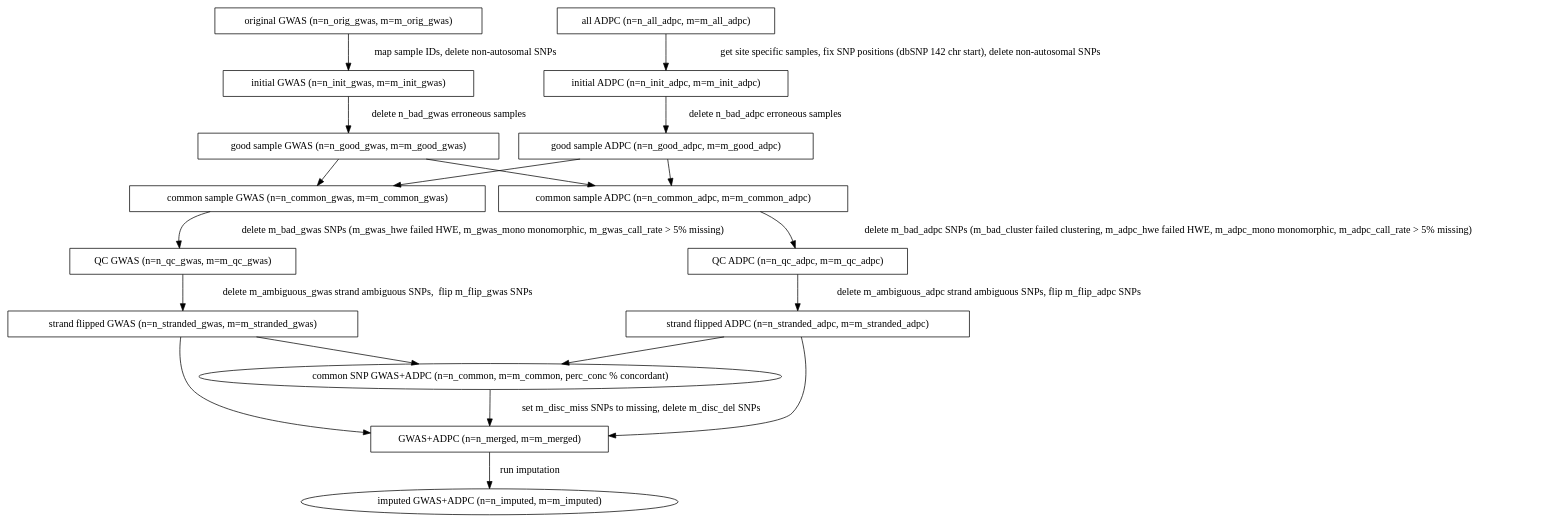
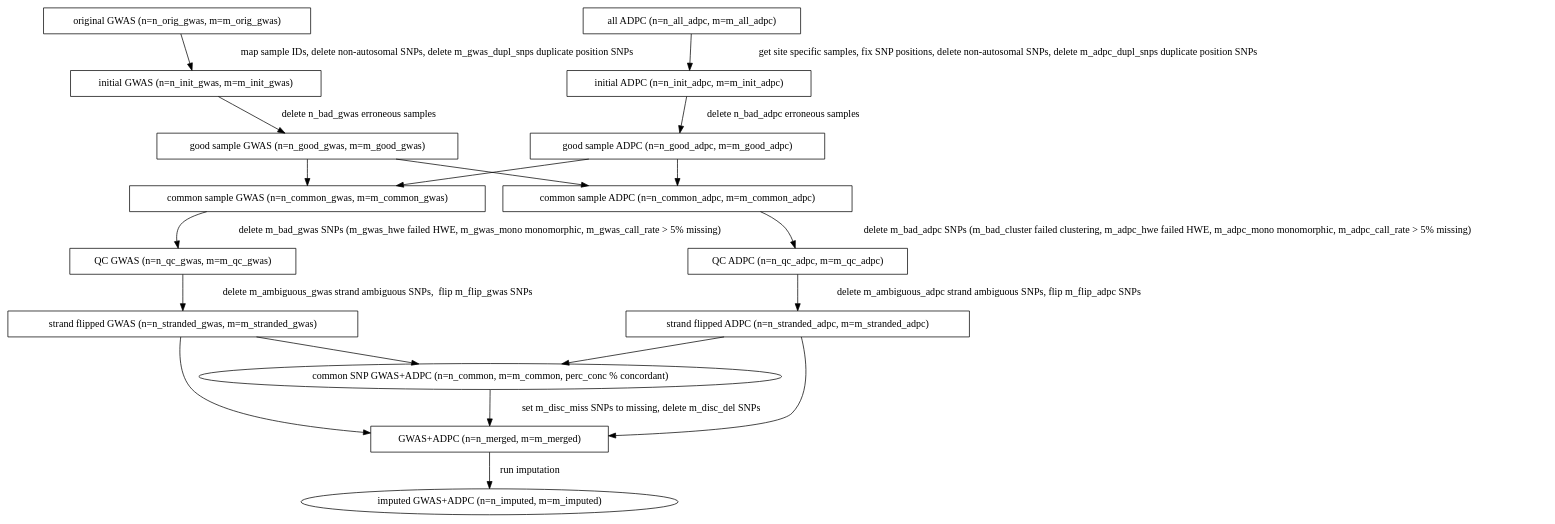
One commit to CAAPA/gwas_adpc_imputation_pipeline changed the diagram in doc/flow.dot. Above: the diagram before and after it, drawn with Graphviz. The commit also changed 4 other files, not shown here.

Commit message:
Comitting changes to delete duplicate SNP positions up front

```diff
--- a/doc/flow.dot
+++ b/doc/flow.dot
@@ -1,91 +1,91 @@
 #!dot
 digraph {
 
     //Initial GWAS flow
 
     ORIG_GWAS [label="original GWAS (n=n_orig_gwas, m=m_orig_gwas)",
                shape=box] //params: n_orig_gwas, m_orig_gwas
     INIT_GWAS [label="initial GWAS (n=n_init_gwas, m=m_init_gwas)",
                shape=box] //params: n_init_gwas, m_init_gwas
-    ORIG_GWAS -> INIT_GWAS [label= " map sample IDs, delete non-autosomal SNPs"];
+    ORIG_GWAS -> INIT_GWAS [label= " map sample IDs, delete non-autosomal SNPs, delete m_gwas_dupl_snps duplicate position SNPs"];
                  //script: get_gwas_samples
 
 
     GOOD_GWAS [label="good sample GWAS (n=n_good_gwas, m=m_good_gwas)",
                shape=box] //params: n_good_gwas, m_good_gwas
     INIT_GWAS -> GOOD_GWAS [label=" delete n_bad_gwas erroneous samples"];
                 //script: get_good_samples; params: n_bad_gwas
 
     COMMON_GWAS [label="common sample GWAS (n=n_common_gwas, m=m_common_gwas)",
                  shape=box] //params: n_common_gwas, m=m_common_gwas
     GOOD_GWAS -> COMMON_GWAS;
                  //script: get_common_samples
 
     QC_GWAS [label="QC GWAS (n=n_qc_gwas, m=m_qc_gwas)",
              shape=box] //params: n_qc_gwas, m=m_qc_gwas
     COMMON_GWAS -> QC_GWAS [label=" delete m_bad_gwas SNPs (m_gwas_hwe failed HWE, m_gwas_mono monomorphic, m_gwas_call_rate > 5% missing)"];
                 //script: do_gwas_qc; params: m_bad_gwas
                 //m (whatever subcategories removed)
 
 
     FLIPPED_GWAS [label="strand flipped GWAS (n=n_stranded_gwas, m=m_stranded_gwas)",
                   shape=box] //params: n_stranded_gwas, m_stranded_gwas
     QC_GWAS -> FLIPPED_GWAS [label=" delete m_ambiguous_gwas strand ambiguous SNPs,  flip m_flip_gwas SNPs"];
                  //script: flip_strands; params: m_flip_gwas, m_ambiguous_gwas
 
 
     //Initial ADPC flow
 
     ALL_ADPC [label="all ADPC (n=n_all_adpc, m=m_all_adpc)",
               shape=box] //params:n_all_adpc, m_all_adpc
     INIT_ADPC [label="initial ADPC (n=n_init_adpc, m=m_init_adpc)",
                shape=box] //params: n_init_adpc, m_init_adpc
-    ALL_ADPC -> INIT_ADPC [label=" get site specific samples, fix SNP positions (dbSNP 142 chr start), delete non-autosomal SNPs"]
+    ALL_ADPC -> INIT_ADPC [label=" get site specific samples, fix SNP positions, delete non-autosomal SNPs, delete m_adpc_dupl_snps duplicate position SNPs"]
                 //script: get_adpc_samples (site)
 
 
     GOOD_ADPC [label="good sample ADPC (n=n_good_adpc, m=m_good_adpc)",
                shape=box] //params: n_good_adpc, m_good_adpc
     INIT_ADPC -> GOOD_ADPC [label=" delete n_bad_adpc erroneous samples"];
                 //script: get_good_samples; params: n_bad_adpc
 
     COMMON_ADPC [label="common sample ADPC (n=n_common_adpc, m=m_common_adpc)",
                  shape=box] //params: n_common_adpc, m=m_common_adpc
     GOOD_ADPC -> COMMON_ADPC;
                  //script: get_common_samples
 
     QC_ADPC [label="QC ADPC (n=n_qc_adpc, m=m_qc_adpc)",
              shape=box] //params: n_qc_adpc, m=m_qc_adpc
     COMMON_ADPC -> QC_ADPC [label=" delete m_bad_adpc SNPs (m_bad_cluster failed clustering, m_adpc_hwe failed HWE, m_adpc_mono monomorphic, m_adpc_call_rate > 5% missing)"];
                 //script: do_adpc_qc; params: m_bad_adpc
                 //m (whatever subcategories removed)
                 //remember to also remove ACGT
 
     FLIPPED_ADPC [label="strand flipped ADPC (n=n_stranded_adpc, m=m_stranded_adpc)",
                   shape=box] //params: n_stranded_adpc, m_stranded_adpc
     QC_ADPC -> FLIPPED_ADPC [label=" delete m_ambiguous_adpc strand ambiguous SNPs, flip m_flip_adpc SNPs"];
                  //script: flip_strands; params: m_flip_adpc, m_ambiguous_adpc
 
 
 
     //GWAS + ADPC flows
 
     GOOD_ADPC -> COMMON_GWAS;
     GOOD_GWAS -> COMMON_ADPC;
 
     COMMON_SNP [label="common SNP GWAS+ADPC (n=n_common, m=m_common, perc_conc % concordant)",
                 shape=ellipse] //params: n_common, m_common
     FLIPPED_GWAS -> COMMON_SNP; //script: get_common_snp_files
     FLIPPED_ADPC -> COMMON_SNP; //script: get_common_snp_files
 
     MERGED [label="GWAS+ADPC (n=n_merged, m=m_merged)",
             shape=box] //params: n_merged, m_merged
     COMMON_SNP -> MERGED [label= " set m_disc_miss SNPs to missing, delete m_disc_del SNPs"];
             //script: merge_adpc_gwas; params: m_disc_miss, m_disc_del
     FLIPPED_GWAS -> MERGED;
     FLIPPED_ADPC -> MERGED;
 
     IMPUTED [label="imputed GWAS+ADPC (n=n_imputed, m=m_imputed)"]
     MERGED -> IMPUTED [label=" run imputation"];
                 //script:
 }
```
